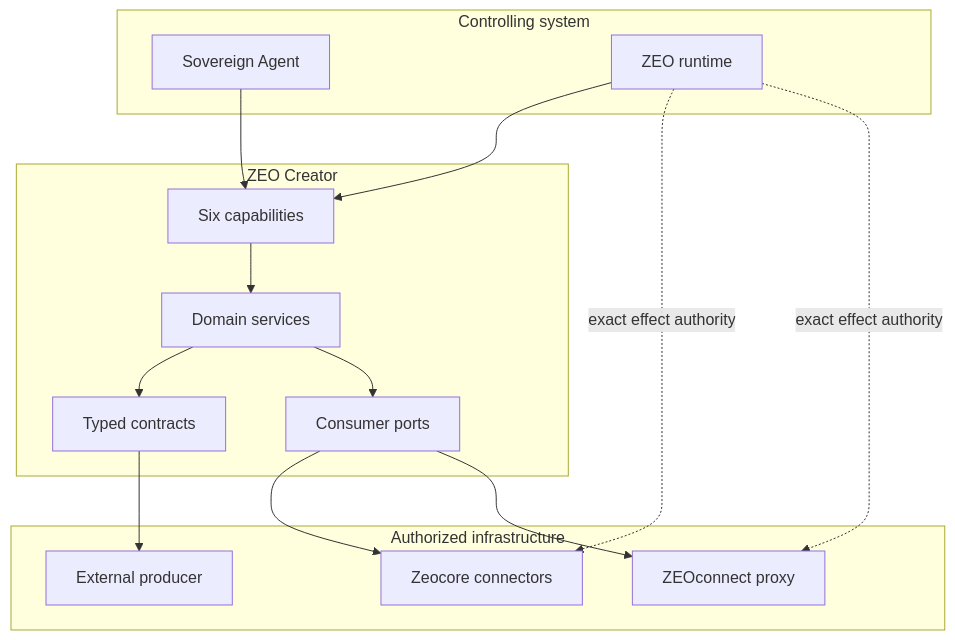
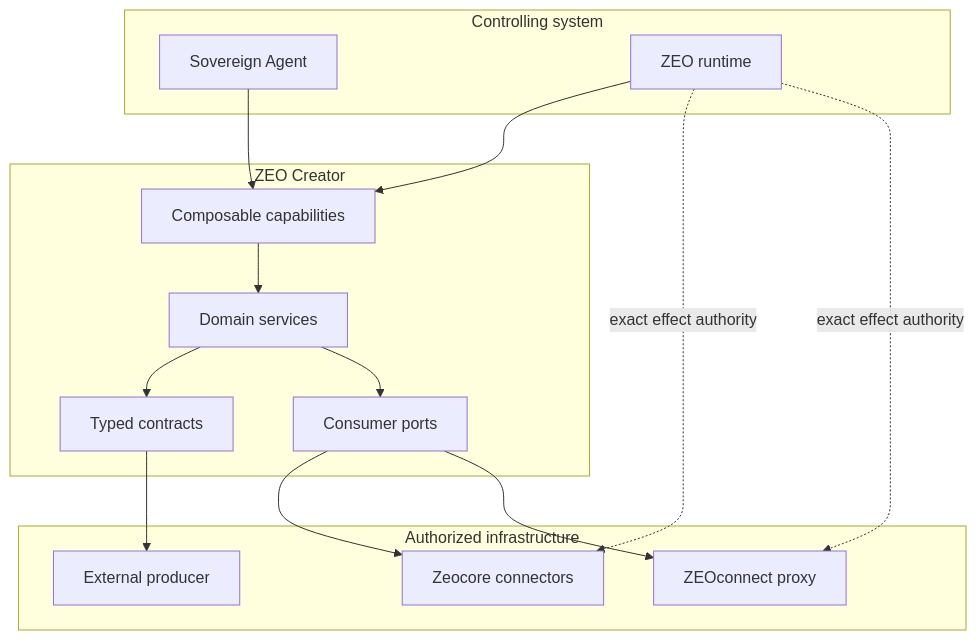
The diagram in docs/concepts/architecture.md (profrodai/zeocreator), drawn with Mermaid before and after one commit. The commit also changed 113 other files, not shown here.

````diff
--- a/docs/concepts/architecture.md
+++ b/docs/concepts/architecture.md
@@ -6,31 +6,31 @@
 ```mermaid
 flowchart TB
     subgraph Control[Controlling system]
       SA[Sovereign Agent]
       ZR[ZEO runtime]
     end
 
     subgraph Creator[ZEO Creator]
-      CAP[Six capabilities]
+      CAP[Composable capabilities]
       SVC[Domain services]
       CON[Typed contracts]
       PORT[Consumer ports]
     end
 
     subgraph Execution[Authorized infrastructure]
       ZC[Zeocore connectors]
       ZCON[ZEOconnect proxy]
       PROD[External producer]
     end
 
     SA --> CAP
     ZR --> CAP
     CAP --> SVC
     SVC --> CON
     SVC --> PORT
     PORT --> ZC
     PORT --> ZCON
     CON --> PROD
     ZR -. exact effect authority .-> ZC
     ZR -. exact effect authority .-> ZCON
 ```
````
